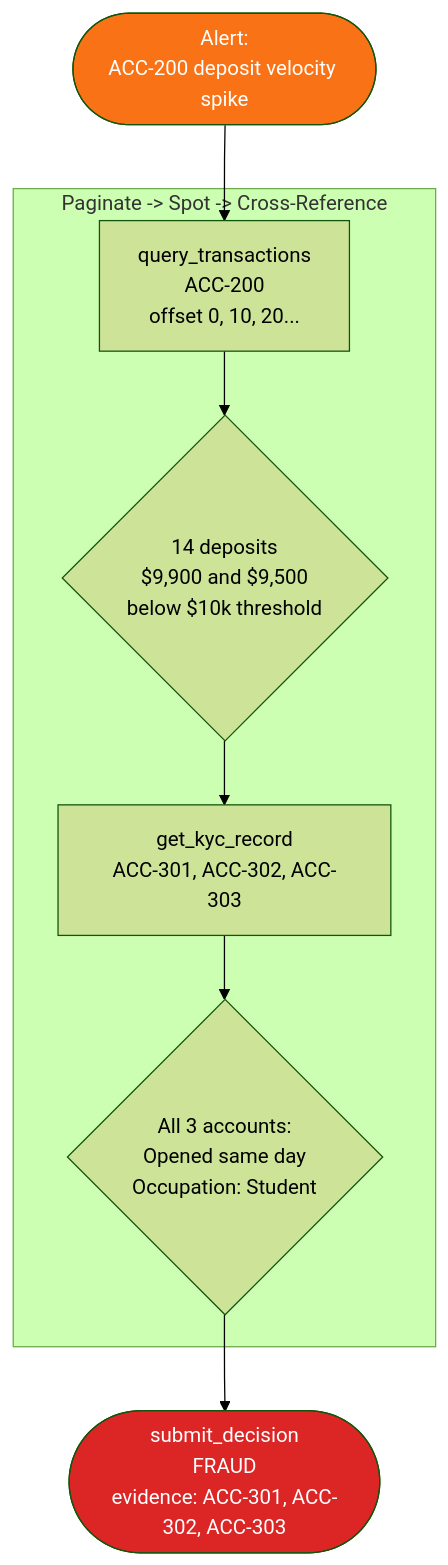
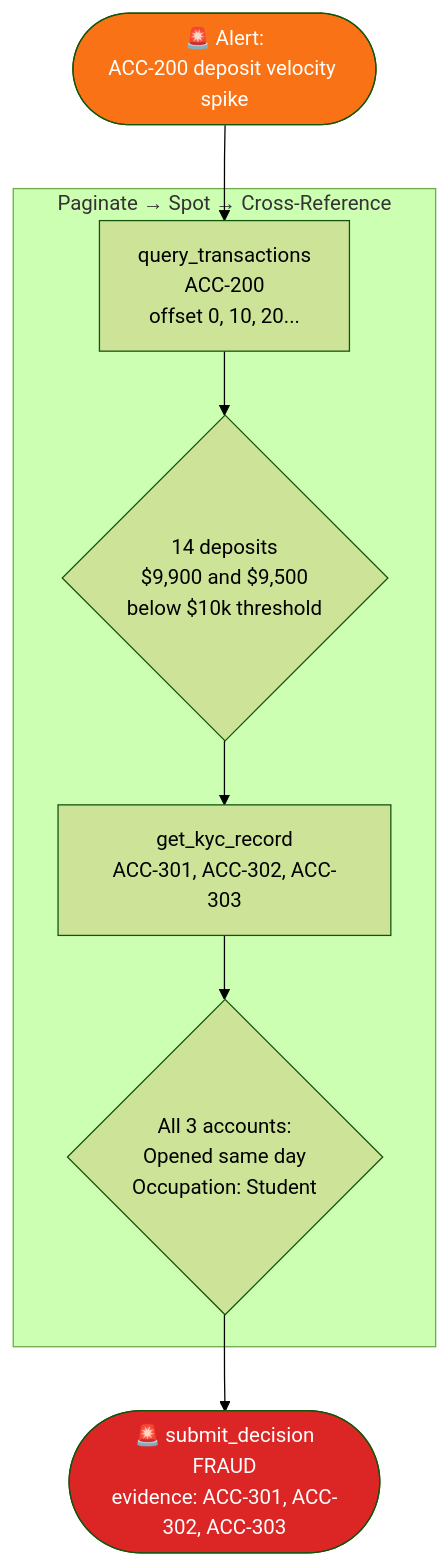
The fourth of 6 diagrams in README.md (DataBoySu/AML-RL_Env), drawn with Mermaid (forest theme) before and after one commit. The commit also changed other lines of this file and 1 other file, not shown here.

````diff
--- a/README.md
+++ b/README.md
@@ -176,15 +176,15 @@
 ```mermaid
 flowchart TD
-    A([Alert:<br/>ACC-200 deposit velocity spike]) --> B
+    A([🚨 Alert:<br/>ACC-200 deposit velocity spike]) --> B
 
-    subgraph Investigation["Paginate -> Spot -> Cross-Reference"]
+    subgraph Investigation["Paginate → Spot → Cross-Reference"]
         B[query_transactions<br/>ACC-200<br/>offset 0, 10, 20...] --> C{14 deposits<br/>$9,900 and $9,500<br/>below $10k threshold}
         C --> D[get_kyc_record<br/>ACC-301, ACC-302, ACC-303]
         D --> E{All 3 accounts:<br/>Opened same day<br/>Occupation: Student}
     end
 
-    E --> F([submit_decision<br/>FRAUD<br/>evidence: ACC-301, ACC-302, ACC-303])
+    E --> F([🚨 submit_decision<br/>FRAUD<br/>evidence: ACC-301, ACC-302, ACC-303])
 
     style A fill:#f97316,color:#fff
     style F fill:#dc2626,color:#fff
 ```
````
